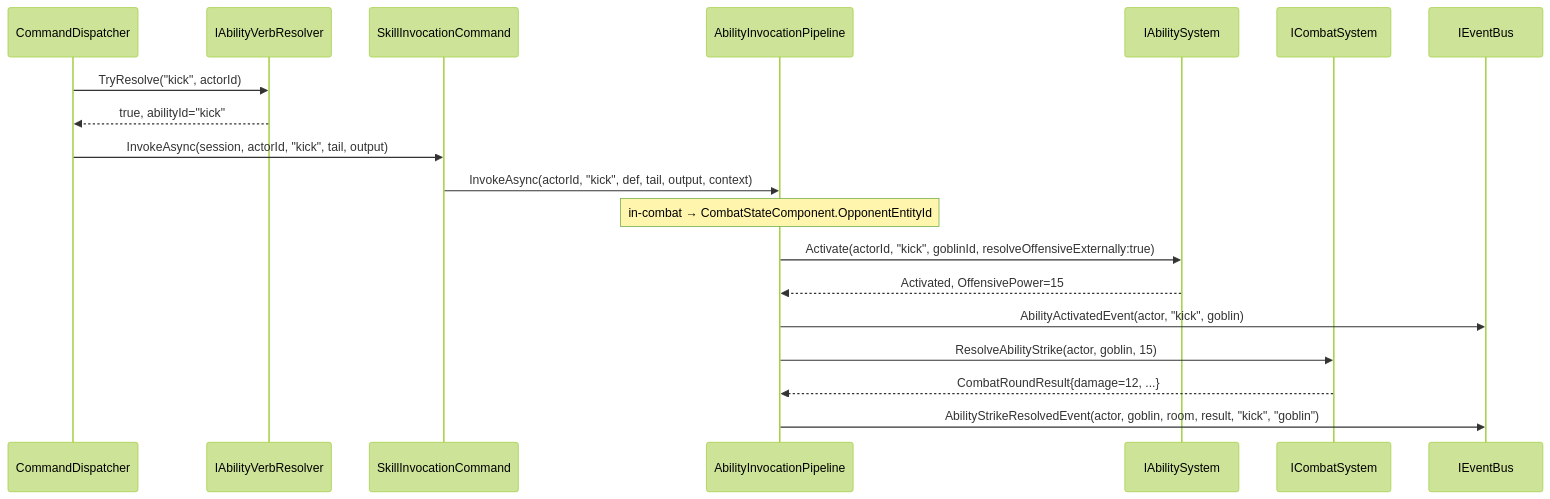
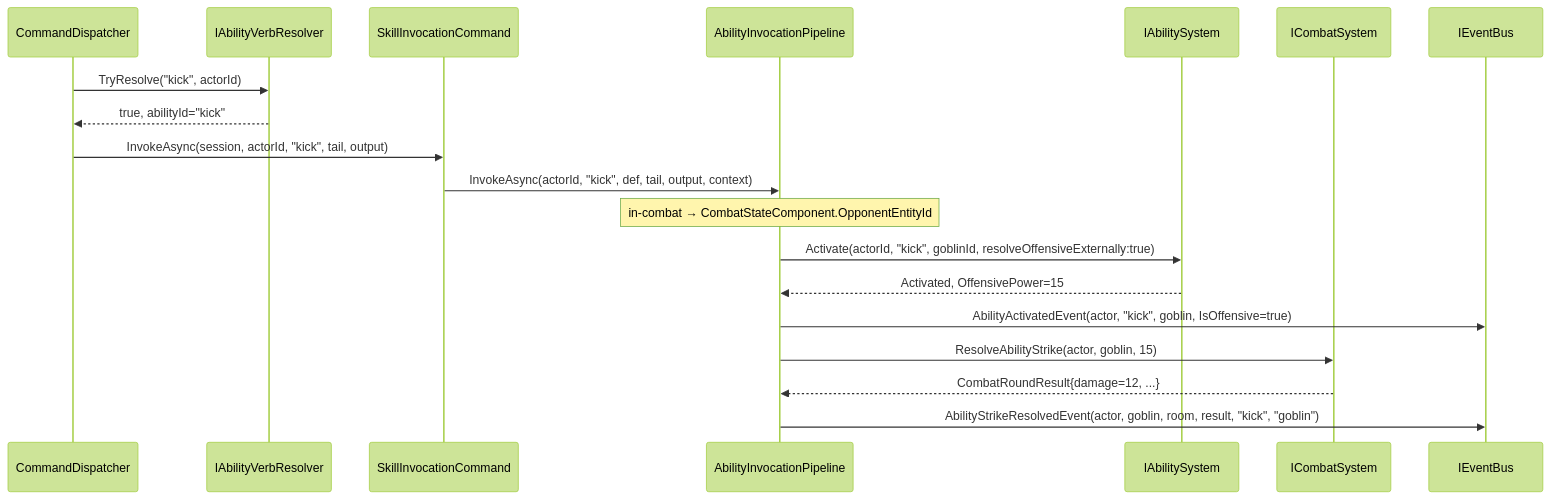
One commit to dmbyer/Hedron changed the second of 3 diagrams in docs/architecture/flows/flow-24-ability-activation.md. Above: the diagram before and after it, drawn with Mermaid (forest theme). The commit also changed other lines of this file and 59 other files, not shown here.

````diff
--- a/docs/architecture/flows/flow-24-ability-activation.md
+++ b/docs/architecture/flows/flow-24-ability-activation.md
@@ -49,22 +49,22 @@
 ```mermaid
 sequenceDiagram
     participant D as CommandDispatcher
     participant VR as IAbilityVerbResolver
     participant SIC as SkillInvocationCommand
     participant P as AbilityInvocationPipeline
     participant AS as IAbilitySystem
     participant CS as ICombatSystem
     participant Bus as IEventBus
 
     D->>VR: TryResolve("kick", actorId)
     VR-->>D: true, abilityId="kick"
     D->>SIC: InvokeAsync(session, actorId, "kick", tail, output)
     SIC->>P: InvokeAsync(actorId, "kick", def, tail, output, context)
     note over P: in-combat → CombatStateComponent.OpponentEntityId
     P->>AS: Activate(actorId, "kick", goblinId, resolveOffensiveExternally:true)
     AS-->>P: Activated, OffensivePower=15
-    P->>Bus: AbilityActivatedEvent(actor, "kick", goblin)
+    P->>Bus: AbilityActivatedEvent(actor, "kick", goblin, IsOffensive=true)
     P->>CS: ResolveAbilityStrike(actor, goblin, 15)
     CS-->>P: CombatRoundResult{damage=12, ...}
     P->>Bus: AbilityStrikeResolvedEvent(actor, goblin, room, result, "kick", "goblin")
 ```
````
